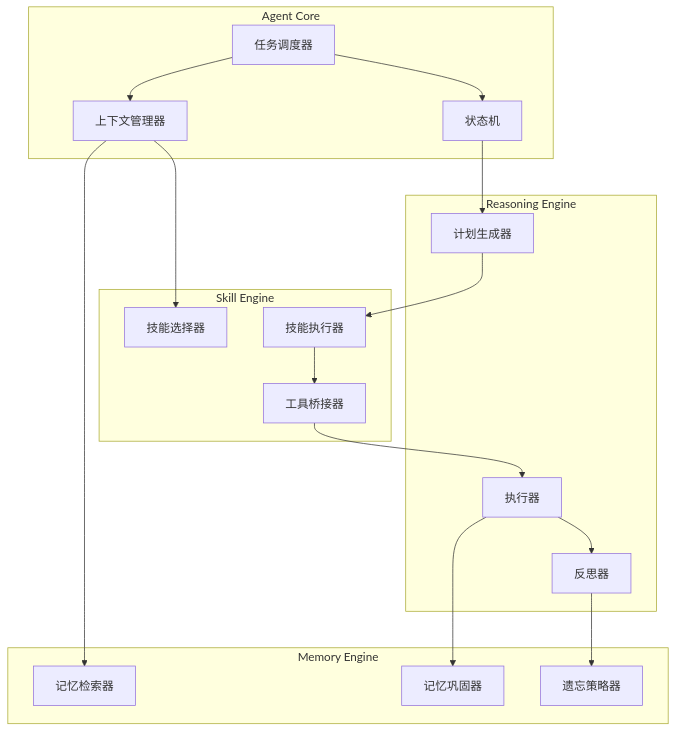
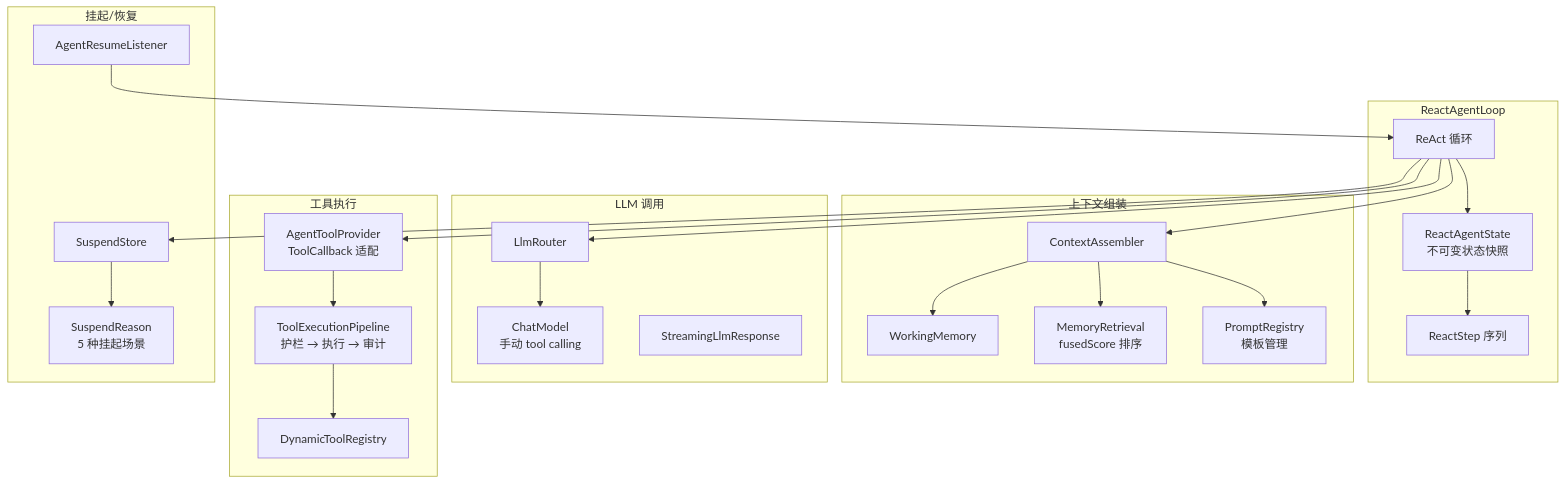
One commit to ntygod/LifePilot changed the fifth of 35 diagrams in ARCHITECTURE-DIAGRAMS.md. Above: the diagram before and after it, drawn with Mermaid. The commit also changed other lines of this file and 2 other files, not shown here.

````diff
--- a/ARCHITECTURE-DIAGRAMS.md
+++ b/ARCHITECTURE-DIAGRAMS.md
@@ -193,41 +256,52 @@
 ```mermaid
 graph TB
-    subgraph "Agent Core"
-        Scheduler[任务调度器]
-        ContextManager[上下文管理器]
-        StateMachine[状态机]
+    subgraph "ReactAgentLoop"
+        Loop[ReAct 循环]
+        State[ReactAgentState<br/>不可变状态快照]
+        Steps[ReactStep 序列]
     end
 
-    subgraph "Memory Engine"
-        MemoryRetriever[记忆检索器]
-        MemoryConsolidator[记忆巩固器]
-        MemoryForgetter[遗忘策略器]
+    subgraph "上下文组装"
+        Assembler[ContextAssembler]
+        WM[WorkingMemory]
+        Retrieval[MemoryRetrieval<br/>fusedScore 排序]
+        PromptReg[PromptRegistry<br/>模板管理]
     end
 
-    subgraph "Skill Engine"
-        SkillSelector[技能选择器]
-        SkillExecutor[技能执行器]
-        ToolBridge[工具桥接器]
+    subgraph "LLM 调用"
+        Router[LlmRouter]
+        ChatModel[ChatModel<br/>手动 tool calling]
+        Streaming[StreamingLlmResponse]
     end
 
-    subgraph "Reasoning Engine"
-        Planner[计划生成器]
-        Executor[执行器]
-        Reflector[反思器]
+    subgraph "工具执行"
+        ToolProvider[AgentToolProvider<br/>ToolCallback 适配]
+        Pipeline[ToolExecutionPipeline<br/>护栏 → 执行 → 审计]
+        Registry[DynamicToolRegistry]
     end
 
-    Scheduler --> ContextManager
-    ContextManager --> MemoryRetriever
-    ContextManager --> SkillSelector
-    
-    Scheduler --> StateMachine
-    StateMachine --> Planner
-    Planner --> SkillExecutor
-    
-    SkillExecutor --> ToolBridge
-    ToolBridge --> Executor
-    
-    Executor --> MemoryConsolidator
-    Executor --> Reflector
-    Reflector --> MemoryForgetter
+    subgraph "挂起/恢复"
+        SuspendStore[SuspendStore]
+        SuspendReason[SuspendReason<br/>5 种挂起场景]
+        ResumeListener[AgentResumeListener]
+    end
+
+    Loop --> Assembler
+    Assembler --> WM
+    Assembler --> Retrieval
+    Assembler --> PromptReg
+
+    Loop --> Router
+    Router --> ChatModel
+
+    Loop --> ToolProvider
+    ToolProvider --> Pipeline
+    Pipeline --> Registry
+
+    Loop --> State
+    State --> Steps
+
+    Loop --> SuspendStore
+    SuspendStore --> SuspendReason
+    ResumeListener --> Loop
 ```
````
